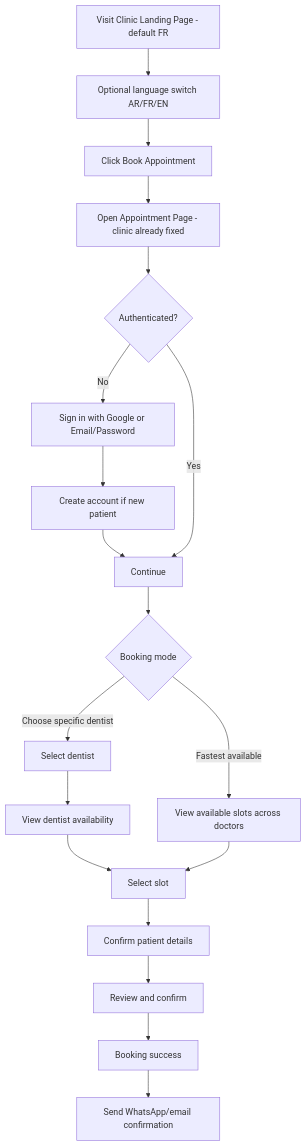
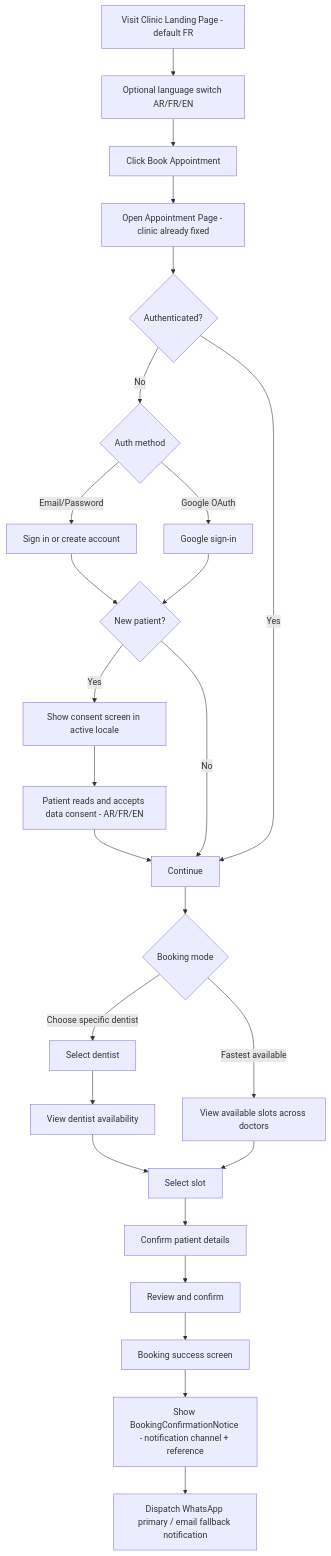
The first of 3 diagrams in docs/planning-artifacts/ux-design-specification.md (AbdelazizKazoum/DentiFlow-frontend), drawn with Mermaid before and after one commit. The commit also changed other lines of this file and 88 other files, not shown here.

````diff
--- a/docs/planning-artifacts/ux-design-specification.md
+++ b/docs/planning-artifacts/ux-design-specification.md
@@ -349,21 +349,28 @@
 ```mermaid
 flowchart TD
   A[Visit Clinic Landing Page - default FR] --> B[Optional language switch AR/FR/EN]
   B --> C[Click Book Appointment]
   C --> D[Open Appointment Page - clinic already fixed]
   D --> E{Authenticated?}
-  E -- No --> F[Sign in with Google or Email/Password]
-  F --> G[Create account if new patient]
-  G --> H[Return to booking flow]
+  E -- No --> F{Auth method}
+  F -- Email/Password --> F1[Sign in or create account]
+  F -- Google OAuth --> F2[Google sign-in]
+  F1 --> G{New patient?}
+  F2 --> G
+  G -- Yes --> G1[Show consent screen in active locale]
+  G1 --> G2[Patient reads and accepts data consent - AR/FR/EN]
+  G2 --> H[Account created - return to booking flow]
+  G -- No --> H
   E -- Yes --> H[Continue]
   H --> I{Booking mode}
   I -- Choose specific dentist --> J[Select dentist]
   J --> K[View dentist availability]
   I -- Fastest available --> L[View available slots across doctors]
   K --> M[Select slot]
   L --> M[Select slot]
   M --> N[Confirm patient details]
   N --> O[Review and confirm]
-  O --> P[Booking success]
-  P --> Q[Send WhatsApp/email confirmation]
+  O --> P[Booking success screen]
+  P --> P1[Show BookingConfirmationNotice - notification channel + reference]
+  P1 --> Q[Dispatch WhatsApp primary / email fallback notification]
 ```
````
